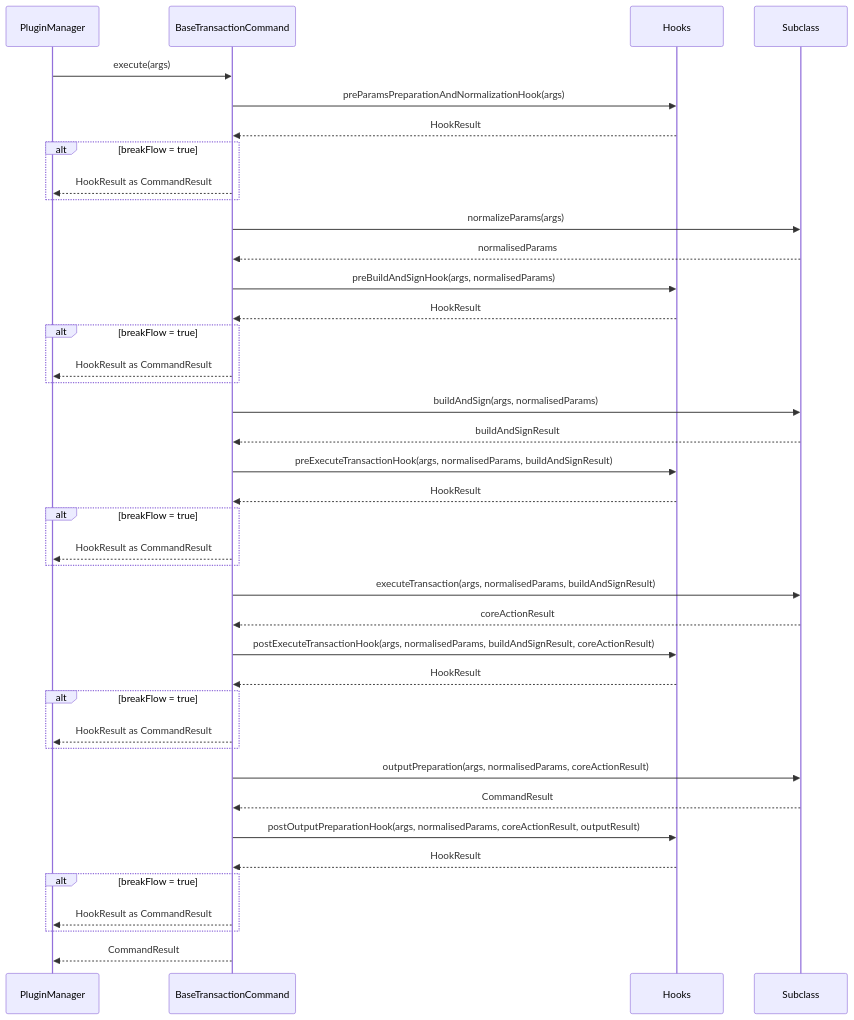
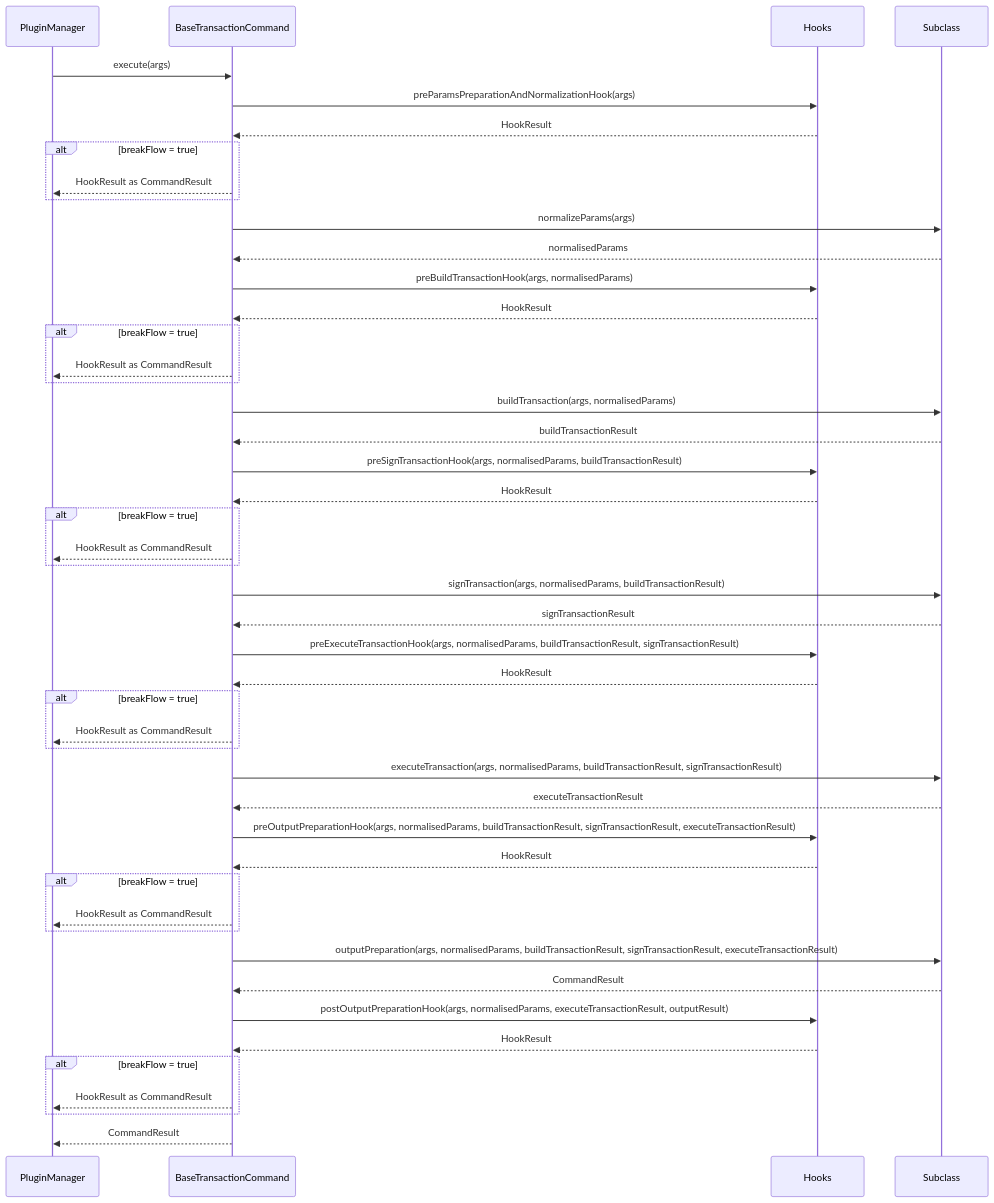
One commit to hiero-ledger/hiero-cli changed the diagram in docs/adr/ADR-009-class-based-handler-and-hook-architecture.md. Above: the diagram before and after it, drawn with Mermaid. The commit also changed other lines of this file and 13 other files, not shown here.

````diff
--- a/docs/adr/ADR-009-class-based-handler-and-hook-architecture.md
+++ b/docs/adr/ADR-009-class-based-handler-and-hook-architecture.md
@@ -590,53 +816,62 @@
 ```mermaid
 sequenceDiagram
     participant PM as PluginManager
     participant BC as BaseTransactionCommand
     participant H as Hooks
     participant Sub as Subclass
 
     PM->>BC: execute(args)
 
     BC->>H: preParamsPreparationAndNormalizationHook(args)
     H-->>BC: HookResult
     alt breakFlow = true
         BC-->>PM: HookResult as CommandResult
     end
 
     BC->>Sub: normalizeParams(args)
     Sub-->>BC: normalisedParams
 
-    BC->>H: preBuildAndSignHook(args, normalisedParams)
+    BC->>H: preBuildTransactionHook(args, normalisedParams)
     H-->>BC: HookResult
     alt breakFlow = true
         BC-->>PM: HookResult as CommandResult
     end
 
-    BC->>Sub: buildAndSign(args, normalisedParams)
-    Sub-->>BC: buildAndSignResult
+    BC->>Sub: buildTransaction(args, normalisedParams)
+    Sub-->>BC: buildTransactionResult
 
-    BC->>H: preExecuteTransactionHook(args, normalisedParams, buildAndSignResult)
+    BC->>H: preSignTransactionHook(args, normalisedParams, buildTransactionResult)
     H-->>BC: HookResult
     alt breakFlow = true
         BC-->>PM: HookResult as CommandResult
     end
 
-    BC->>Sub: executeTransaction(args, normalisedParams, buildAndSignResult)
-    Sub-->>BC: coreActionResult
+    BC->>Sub: signTransaction(args, normalisedParams, buildTransactionResult)
+    Sub-->>BC: signTransactionResult
 
-    BC->>H: postExecuteTransactionHook(args, normalisedParams, buildAndSignResult, coreActionResult)
+    BC->>H: preExecuteTransactionHook(args, normalisedParams, buildTransactionResult, signTransactionResult)
     H-->>BC: HookResult
     alt breakFlow = true
         BC-->>PM: HookResult as CommandResult
     end
 
-    BC->>Sub: outputPreparation(args, normalisedParams, coreActionResult)
+    BC->>Sub: executeTransaction(args, normalisedParams, buildTransactionResult, signTransactionResult)
+    Sub-->>BC: executeTransactionResult
+
+    BC->>H: preOutputPreparationHook(args, normalisedParams, buildTransactionResult, signTransactionResult, executeTransactionResult)
+    H-->>BC: HookResult
+    alt breakFlow = true
+        BC-->>PM: HookResult as CommandResult
+    end
+
+    BC->>Sub: outputPreparation(args, normalisedParams, buildTransactionResult, signTransactionResult, executeTransactionResult)
     Sub-->>BC: CommandResult
 
-    BC->>H: postOutputPreparationHook(args, normalisedParams, coreActionResult, outputResult)
+    BC->>H: postOutputPreparationHook(args, normalisedParams, executeTransactionResult, outputResult)
     H-->>BC: HookResult
     alt breakFlow = true
         BC-->>PM: HookResult as CommandResult
     end
 
     BC-->>PM: CommandResult
 ```
````
